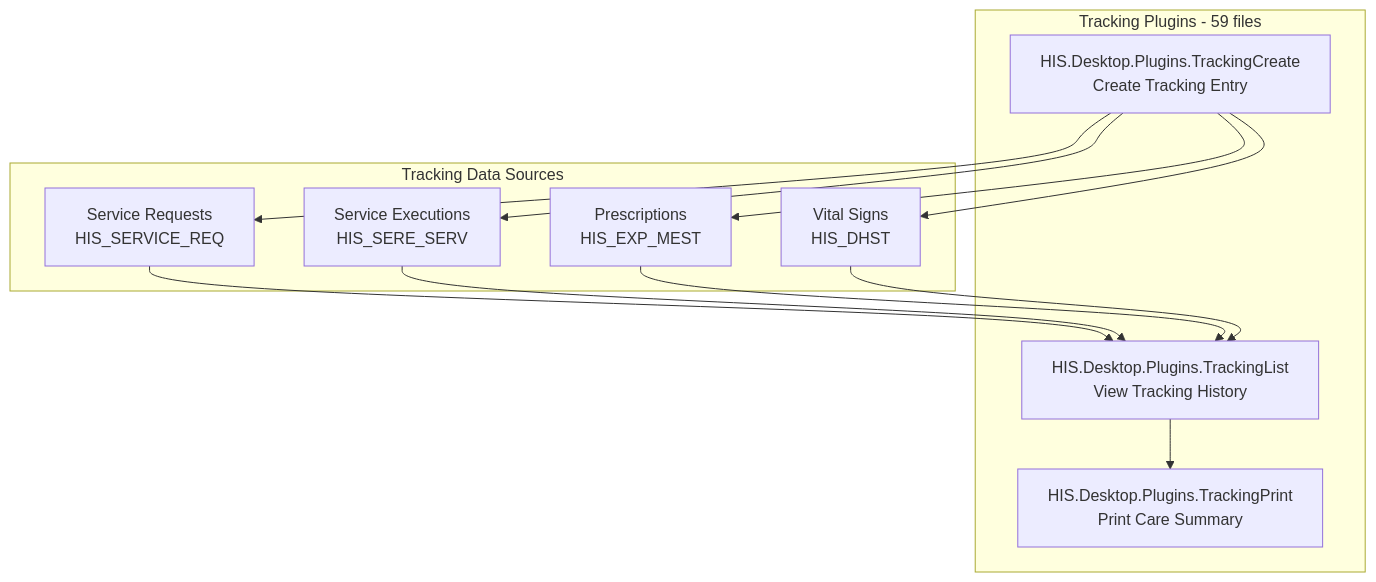
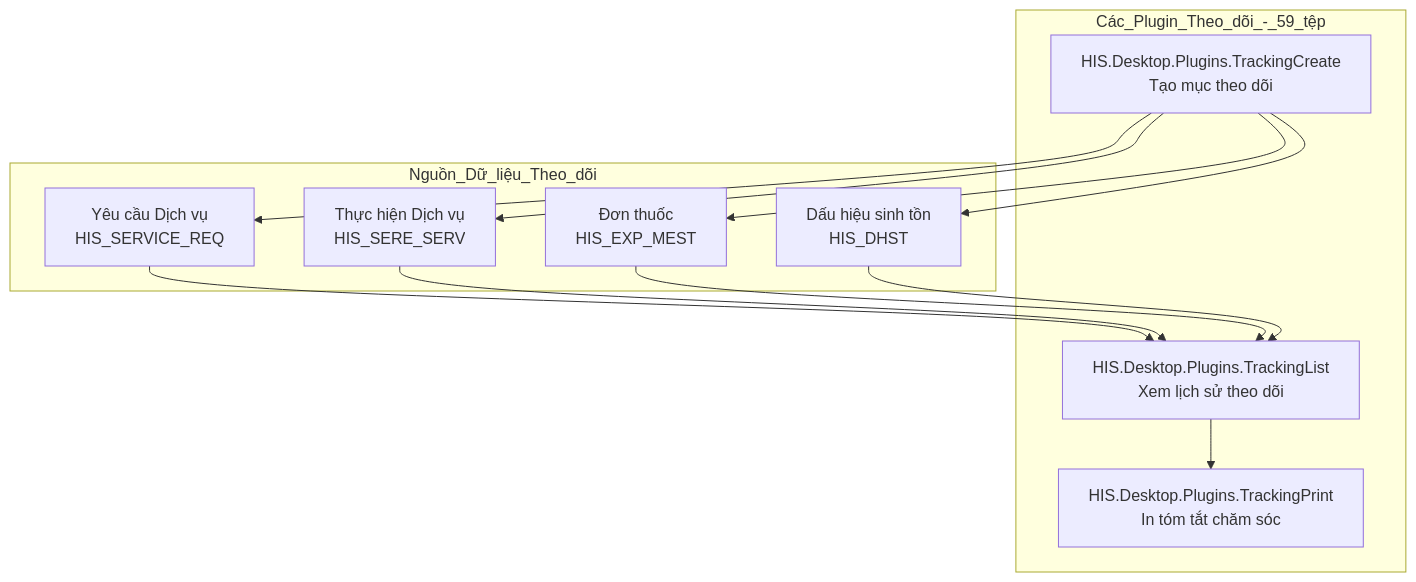
The first of 9 diagrams in docs/his-ba-documentation/02-modules/his-desktop/business-plugins.md (thangpnb/HIS), drawn with Mermaid before and after one commit. The commit also changed other lines of this file and 30 other files, not shown here.

Commit message:
Refactor architecture docs and update translations

````diff
--- a/docs/his-ba-documentation/02-modules/his-desktop/business-plugins.md
+++ b/docs/his-ba-documentation/02-modules/his-desktop/business-plugins.md
@@ -326,27 +337,27 @@
 ```mermaid
 graph TB
-    subgraph "Tracking Plugins - 59 files"
-        TrackingCreate["HIS.Desktop.Plugins.TrackingCreate<br/>Create Tracking Entry"]
-        TrackingList["HIS.Desktop.Plugins.TrackingList<br/>View Tracking History"]
-        TrackingPrint["HIS.Desktop.Plugins.TrackingPrint<br/>Print Care Summary"]
+    subgraph "Các_Plugin_Theo_dõi_-_59_tệp"
+        TrackingCreate["HIS.Desktop.Plugins.TrackingCreate<br/>Tạo mục theo dõi"]
+        TrackingList["HIS.Desktop.Plugins.TrackingList<br/>Xem lịch sử theo dõi"]
+        TrackingPrint["HIS.Desktop.Plugins.TrackingPrint<br/>In tóm tắt chăm sóc"]
     end
     
-    subgraph "Tracking Data Sources"
-        ServiceReq["Service Requests<br/>HIS_SERVICE_REQ"]
-        SereServ["Service Executions<br/>HIS_SERE_SERV"]
-        Prescription["Prescriptions<br/>HIS_EXP_MEST"]
-        VitalSigns["Vital Signs<br/>HIS_DHST"]
+    subgraph "Nguồn_Dữ_liệu_Theo_dõi"
+        ServiceReq["Yêu cầu Dịch vụ<br/>HIS_SERVICE_REQ"]
+        SereServ["Thực hiện Dịch vụ<br/>HIS_SERE_SERV"]
+        Prescription["Đơn thuốc<br/>HIS_EXP_MEST"]
+        VitalSigns["Dấu hiệu sinh tồn<br/>HIS_DHST"]
     end
     
     TrackingCreate --> ServiceReq
     TrackingCreate --> SereServ
     TrackingCreate --> Prescription
     TrackingCreate --> VitalSigns
     
     ServiceReq --> TrackingList
     SereServ --> TrackingList
     Prescription --> TrackingList
     VitalSigns --> TrackingList
     
     TrackingList --> TrackingPrint
 ```
````
